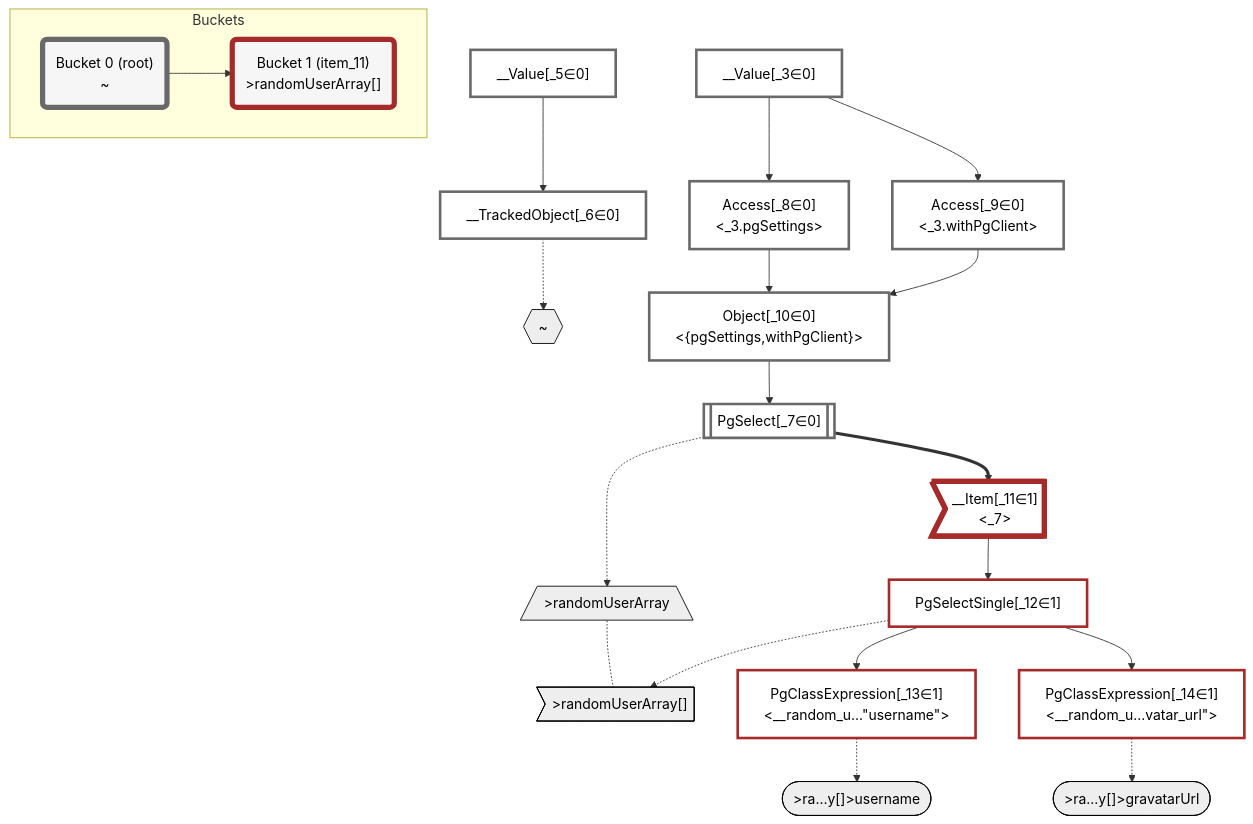
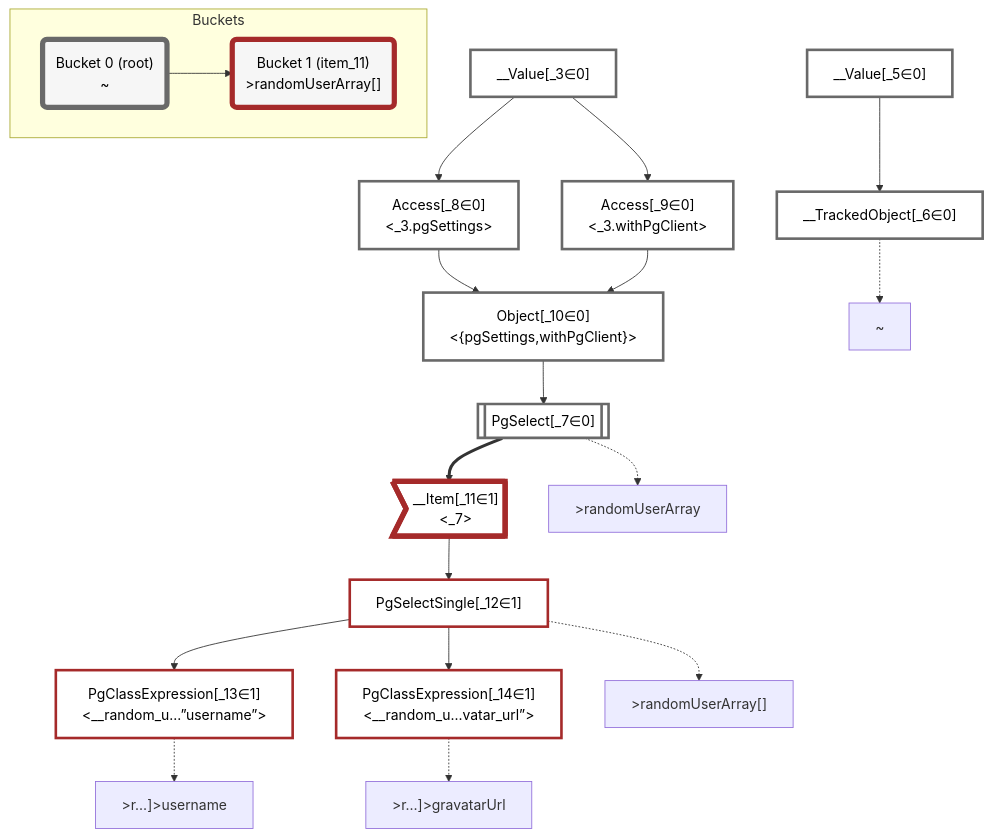
One commit to graphile/crystal changed the diagram in packages/dataplan-pg/__tests__/queries/functions/custom-query-random-user-array.deopt.mermaid.md. Above: the diagram before and after it, drawn with Mermaid. The commit also changed 195 other files, not shown here.

````diff
--- a/packages/dataplan-pg/__tests__/queries/functions/custom-query-random-user-array.deopt.mermaid.md
+++ b/packages/dataplan-pg/__tests__/queries/functions/custom-query-random-user-array.deopt.mermaid.md
@@ -1,66 +1,60 @@
 ```mermaid
 graph TD
     classDef path fill:#eee,stroke:#000,color:#000
     classDef plan fill:#fff,stroke-width:3px,color:#000
     classDef itemplan fill:#fff,stroke-width:6px,color:#000
     classDef sideeffectplan fill:#f00,stroke-width:6px,color:#000
     classDef bucket fill:#f6f6f6,color:#000,stroke-width:6px
 
-    %% subgraph fields
-    P1{{"~"}}:::path
-    P2[/">randomUserArray"\]:::path
-    P3>">randomUserArray[]"]:::path
-    P2 -.- P3
-    P4([">ra…y[]>username"]):::path
-    %% P3 -.-> P4
-    P5([">ra…y[]>gravatarUrl"]):::path
-    %% P3 -.-> P5
-    %% P1 -.-> P2
-    %% end
 
     %% define plans
     __Value_3["__Value[_3∈0]<br /><context>"]:::plan
     __Value_5["__Value[_5∈0]<br /><rootValue>"]:::plan
     __TrackedObject_6["__TrackedObject[_6∈0]"]:::plan
     PgSelect_7[["PgSelect[_7∈0]<br /><random_user_array>"]]:::plan
     Access_8["Access[_8∈0]<br /><_3.pgSettings>"]:::plan
     Access_9["Access[_9∈0]<br /><_3.withPgClient>"]:::plan
     Object_10["Object[_10∈0]<br /><{pgSettings,withPgClient}>"]:::plan
     __Item_11>"__Item[_11∈1]<br /><_7>"]:::itemplan
     PgSelectSingle_12["PgSelectSingle[_12∈1]<br /><random_user_array>"]:::plan
-    PgClassExpression_13["PgClassExpression[_13∈1]<br /><__random_u...#quot;username#quot;>"]:::plan
-    PgClassExpression_14["PgClassExpression[_14∈1]<br /><__random_u...vatar_url#quot;>"]:::plan
+    PgClassExpression_13["PgClassExpression[_13∈1]<br /><__random_u...”username”>"]:::plan
+    PgClassExpression_14["PgClassExpression[_14∈1]<br /><__random_u...vatar_url”>"]:::plan
 
     %% plan dependencies
     __Value_5 --> __TrackedObject_6
     Object_10 --> PgSelect_7
     __Value_3 --> Access_8
     __Value_3 --> Access_9
     Access_8 --> Object_10
     Access_9 --> Object_10
     PgSelect_7 ==> __Item_11
     __Item_11 --> PgSelectSingle_12
     PgSelectSingle_12 --> PgClassExpression_13
     PgSelectSingle_12 --> PgClassExpression_14
 
     %% plan-to-path relationships
+    P1["~"]
     __TrackedObject_6 -.-> P1
+    P2[">randomUserArray"]
     PgSelect_7 -.-> P2
+    P3[">randomUserArray[]"]
     PgSelectSingle_12 -.-> P3
+    P4[">r…]>username"]
     PgClassExpression_13 -.-> P4
+    P5[">r…]>gravatarUrl"]
     PgClassExpression_14 -.-> P5
 
     %% allocate buckets
     classDef bucket0 stroke:#696969
     class __Value_3,__Value_5,__TrackedObject_6,PgSelect_7,Access_8,Access_9,Object_10 bucket0
     classDef bucket1 stroke:#a52a2a
     class __Item_11,PgSelectSingle_12,PgClassExpression_13,PgClassExpression_14 bucket1
 
     subgraph Buckets
     Bucket0("Bucket 0 (root)<br />~"):::bucket
     style Bucket0 stroke:#696969
     Bucket1("Bucket 1 (item_11)<br />>randomUserArray[]"):::bucket
     style Bucket1 stroke:#a52a2a
     Bucket0 --> Bucket1
     end
 ```
````
